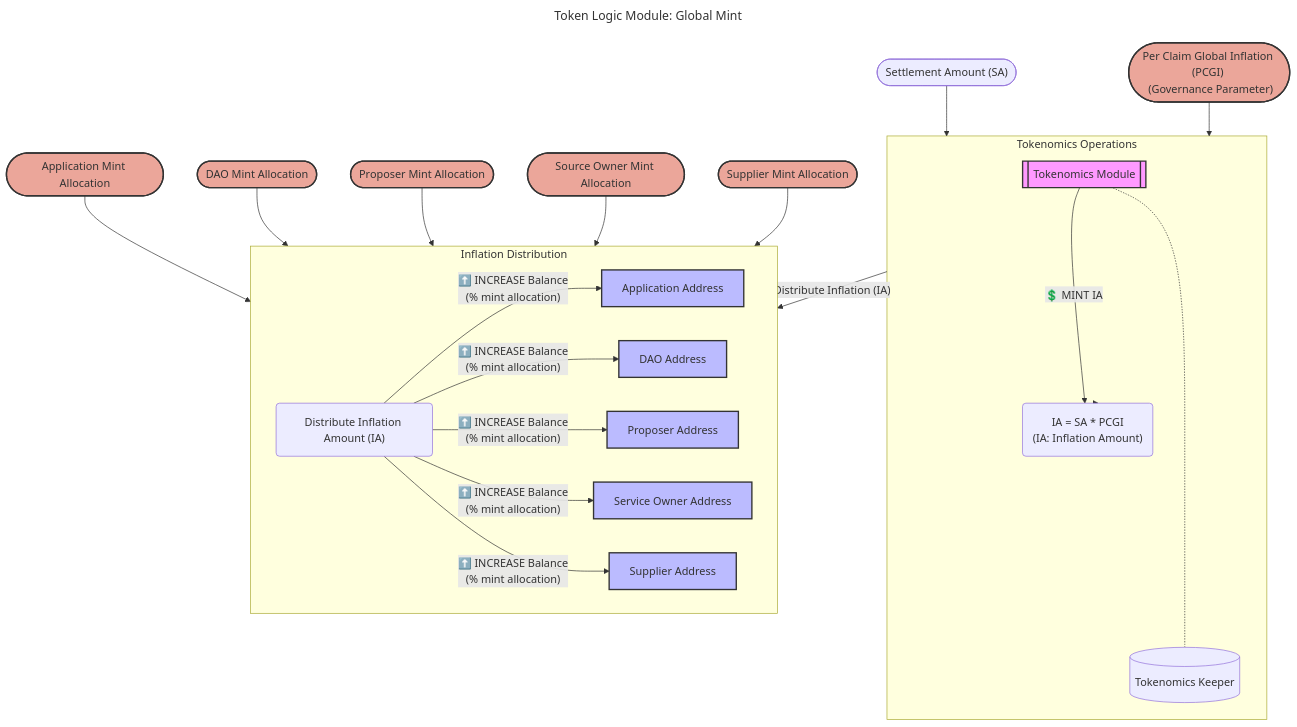
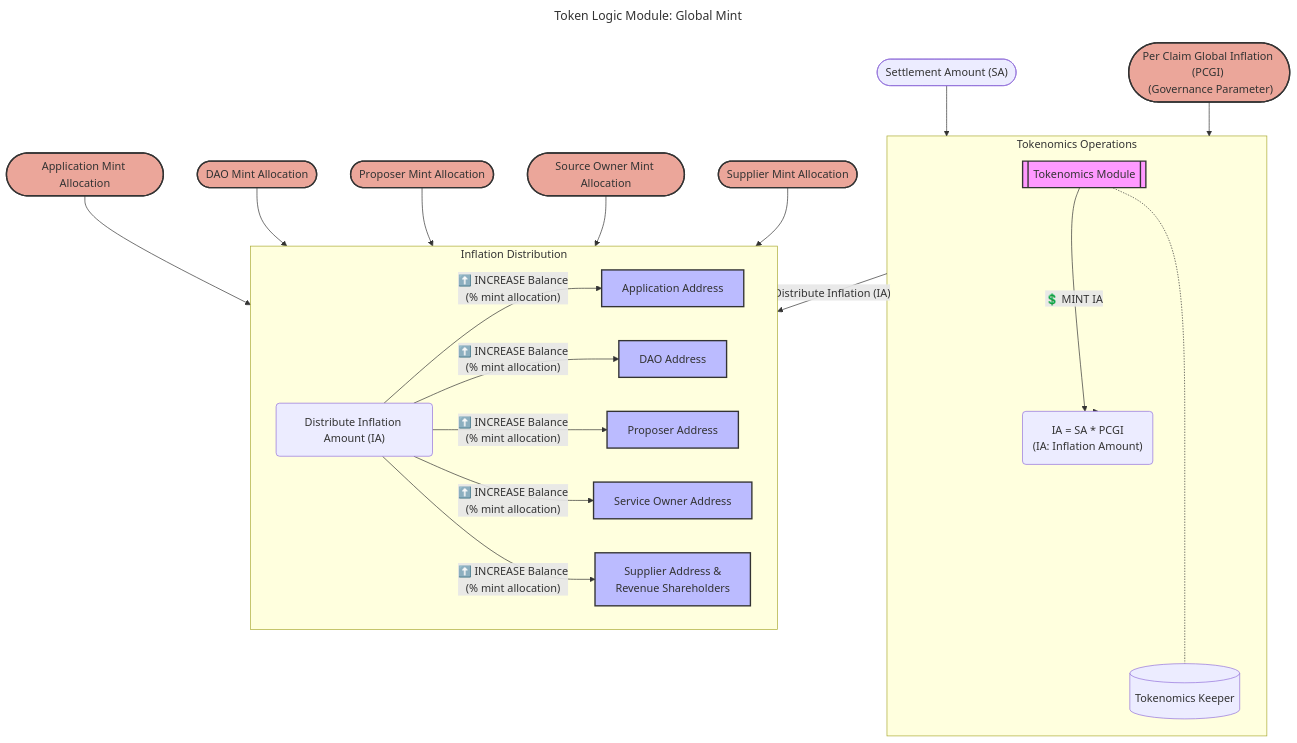
One commit to pokt-network/poktroll changed the third of 6 diagrams in docusaurus/docs/protocol/tokenomics/token_logic_modules.md. Above: the diagram before and after it, drawn with Mermaid. The commit also changed other lines of this file, not shown here.

````diff
--- a/docusaurus/docs/protocol/tokenomics/token_logic_modules.md
+++ b/docusaurus/docs/protocol/tokenomics/token_logic_modules.md
@@ -209,59 +205,59 @@
 ```mermaid
 ---
 title: "Token Logic Module: Global Mint"
 ---
 flowchart TD
     SA(["Settlement Amount (SA)"])
     PCI(["Per Claim Global Inflation (PCGI) <br> (Governance Parameter)"])
 
     DA(["DAO Mint Allocation"])
     PA(["Proposer Mint Allocation"])
     SMA(["Supplier Mint Allocation"])
     SOM(["Source Owner Mint Allocation"])
     AA(["Application Mint Allocation"])
 
     SA --> TO
     PCI --> TO
     IA --> TO
 
     subgraph TO[Tokenomics Operations]
         TM[[Tokenomics Module]]
         TK[(Tokenomics Keeper)]
         IA("IA = SA * PCGI <br> (IA: Inflation Amount)")
         TM -..- TK
         TM -- "💲 MINT IA" --> IA
 
     end
 
     AA --> ID
     DA --> ID
     TO --Distribute Inflation (IA)--> ID
     PA --> ID
     SOM --> ID
     SMA --> ID
 
     subgraph ID[Inflation Distribution]
         DI("Distribute Inflation Amount (IA)")
         APPA["Application Address"]
-        SPPA["Supplier Address"]
+        SPPA["Supplier Address & <br> Revenue Shareholders"]
         DAOA["DAO Address"]
         SOA["Service Owner Address"]
         PRA["Proposer Address"]
 
         DI -->|"⬆️ INCREASE Balance <br> (% mint allocation)"| APPA
         DI -->|"⬆️ INCREASE Balance <br> (% mint allocation)"| DAOA
         DI -->|"⬆️ INCREASE Balance <br> (% mint allocation)"| PRA
         DI -->|"⬆️ INCREASE Balance <br> (% mint allocation)"| SOA
         DI -->|"⬆️ INCREASE Balance <br> (% mint allocation)"| SPPA
     end
 
-    classDef module fill:#f9f,stroke:#333,stroke-width:2px;
-    classDef address fill:#bbf,stroke:#333,stroke-width:2px;
-    classDef question fill:#e3db6d,stroke:#333,stroke-width:2px;
-    classDef govparam fill:#eba69a,stroke:#333,stroke-width:2px;
-    classDef event fill:#e8b761,stroke:#333,stroke-width:2px;
+    classDef module fill:#f9f,color: #333,stroke:#333,stroke-width:2px;
+    classDef address fill:#bbf,color: #333,stroke:#333,stroke-width:2px;
+    classDef question fill:#e3db6d,color: #333,stroke:#333,stroke-width:2px;
+    classDef govparam fill:#eba69a,color: #333,stroke:#333,stroke-width:2px;
+    classDef event fill:#e8b761,color: #333,stroke:#333,stroke-width:2px;
 
     class TM module;
     class PCI,DA,PA,SMA,SOM,AA govparam;
     class APPA,SPPA,DAOA,SOA,PRA address;
 ```
````
